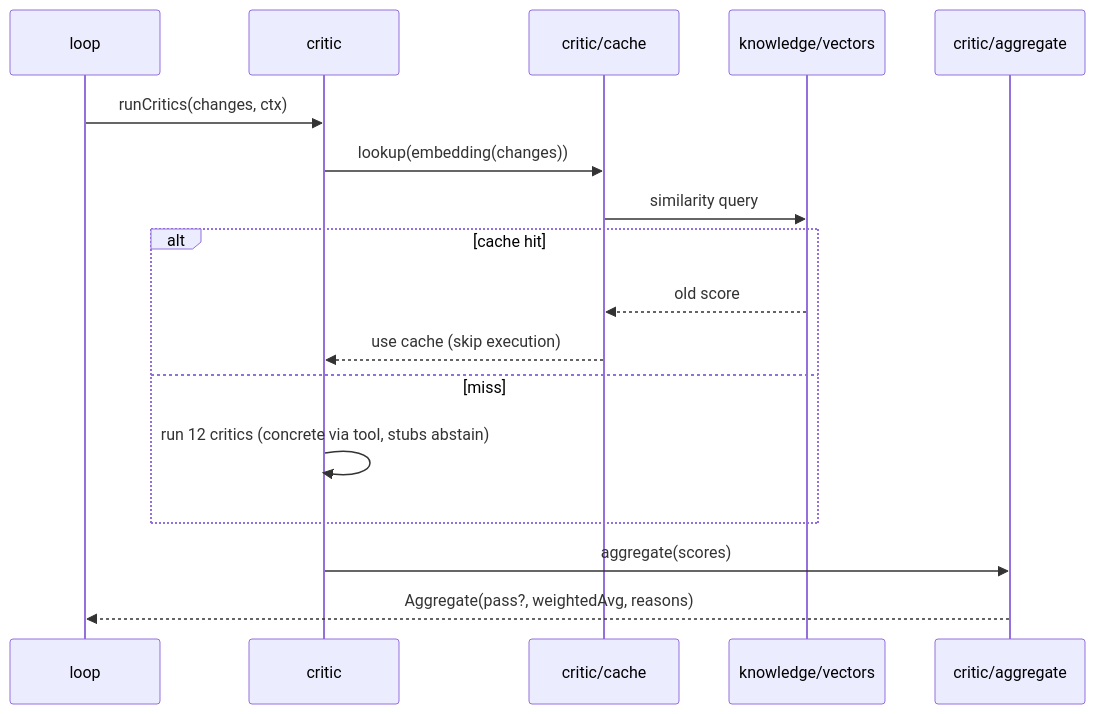
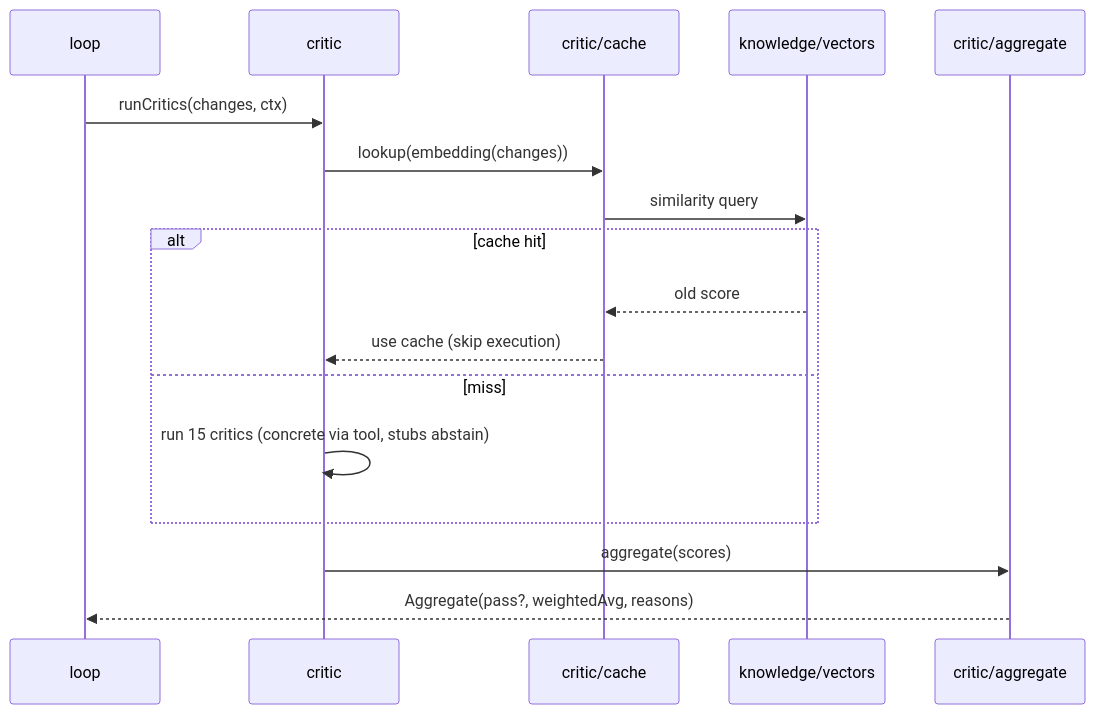
The fourth of 4 diagrams in docs/design/sequences.md (miruamel/zhi), drawn with Mermaid before and after one commit. The commit also changed 2 other files, not shown here.

Commit message:
docs: correct stale critic count (12→15) in sequences, tui, and ADR-002

````diff
--- a/docs/design/sequences.md
+++ b/docs/design/sequences.md
@@ -92,20 +92,20 @@
 ```mermaid
 sequenceDiagram
   participant L as loop
   participant C as critic
   participant Cache as critic/cache
   participant V as knowledge/vectors
   participant Agg as critic/aggregate
 
   L->>C: runCritics(changes, ctx)
   C->>Cache: lookup(embedding(changes))
   Cache->>V: similarity query
   alt cache hit
     V-->>Cache: old score
     Cache-->>C: use cache (skip execution)
   else miss
-    C->>C: run 12 critics (concrete via tool, stubs abstain)
+    C->>C: run 15 critics (concrete via tool, stubs abstain)
   end
   C->>Agg: aggregate(scores)
   Agg-->>L: Aggregate(pass?, weightedAvg, reasons)
 ```
````
